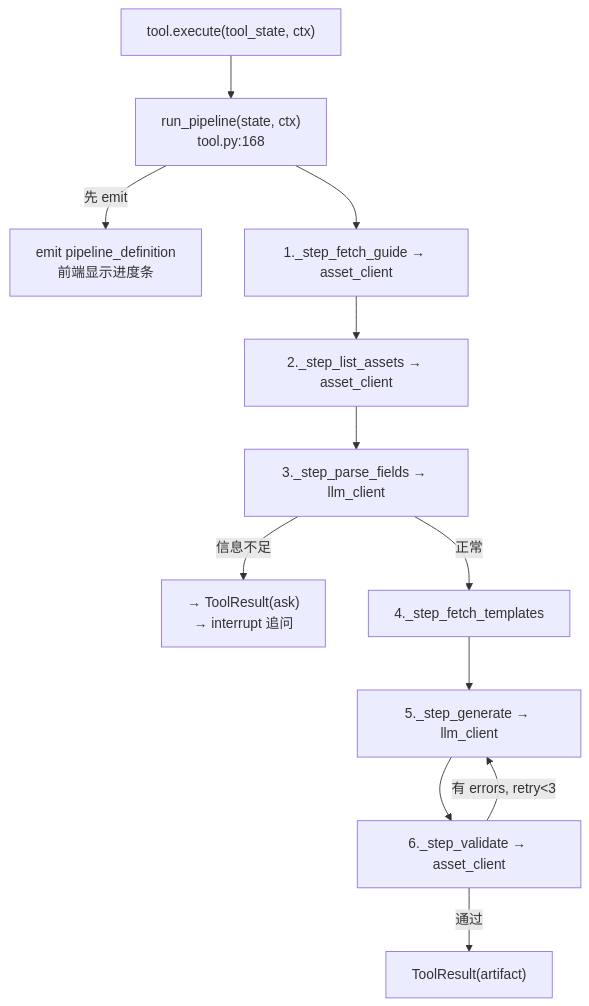
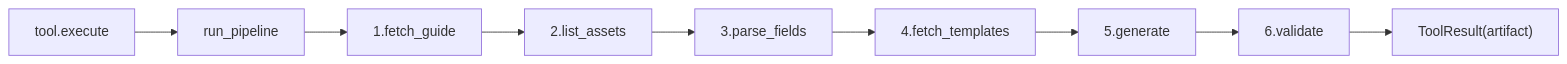
Diagram 13 of 27 in doc/系统架构与学习指南.md (996Code/llm-to-modeler), drawn with Mermaid before and after one commit. The commit also changed other lines of this file, not shown here.

First line of the commit message:
docs: 深度解析 interrupt/resume 机制 + 拆分所有大图

````diff
--- a/doc/系统架构与学习指南.md
+++ b/doc/系统架构与学习指南.md
@@ -270,14 +273,11 @@
 ```mermaid
-flowchart TD
-    Execute["tool.execute(tool_state, ctx)"] --> Pipeline["run_pipeline(state, ctx)<br/>tool.py:168"]
-    Pipeline -->|"先 emit"| Def["emit pipeline_definition<br/>前端显示进度条"]
-    Pipeline --> S1["1._step_fetch_guide → asset_client"]
-    S1 --> S2["2._step_list_assets → asset_client"]
-    S2 --> S3["3._step_parse_fields → llm_client"]
-    S3 -->|"信息不足"| AskPath["→ ToolResult(ask)<br/>→ interrupt 追问"]
-    S3 -->|"正常"| S4["4._step_fetch_templates"]
-    S4 --> S5["5._step_generate → llm_client"]
-    S5 --> S6["6._step_validate → asset_client"]
-    S6 -->|"有 errors, retry<3"| S5
-    S6 -->|"通过"| Result["ToolResult(artifact)"]
+flowchart LR
+    Execute["tool.execute"] --> Pipeline["run_pipeline"]
+    Pipeline --> S1["1.fetch_guide"]
+    S1 --> S2["2.list_assets"]
+    S2 --> S3["3.parse_fields"]
+    S3 --> S4["4.fetch_templates"]
+    S4 --> S5["5.generate"]
+    S5 --> S6["6.validate"]
+    S6 --> Result["ToolResult(artifact)"]
 ```
````
